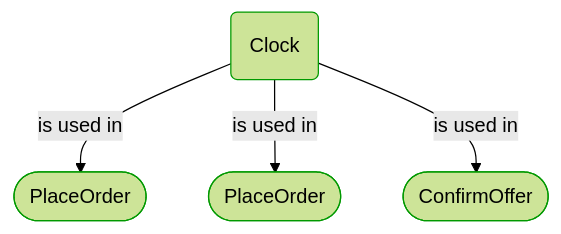
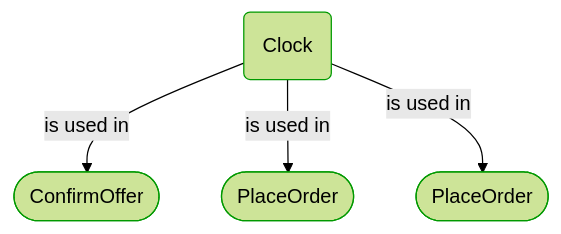
One commit to itlibrium/DDD-starter-dotnet changed the diagram in Docs/P3/MermaidOutput/BuildingBlocks/Sales/Time/Clock.md. Above: the diagram before and after it, drawn with Mermaid (forest theme). The commit also changed 78 other files, not shown here.

````diff
--- a/Docs/P3/MermaidOutput/BuildingBlocks/Sales/Time/Clock.md
+++ b/Docs/P3/MermaidOutput/BuildingBlocks/Sales/Time/Clock.md
@@ -22,17 +22,17 @@
 ```mermaid
   flowchart TB
     0(Clock)
     class 0 DomainPerspective
-    1([PlaceOrder])
+    1([ConfirmOffer])
     class 1 DomainPerspective
     0-->|is used in|1
     2([PlaceOrder])
     class 2 DomainPerspective
     0-->|is used in|2
-    3([ConfirmOffer])
+    3([PlaceOrder])
     class 3 DomainPerspective
     0-->|is used in|3
     classDef DomainPerspective stroke:#009900
     classDef TechnologyPerspective stroke:#1F41EB
     classDef PeoplePerspective stroke:#FFF014
 ```
````
